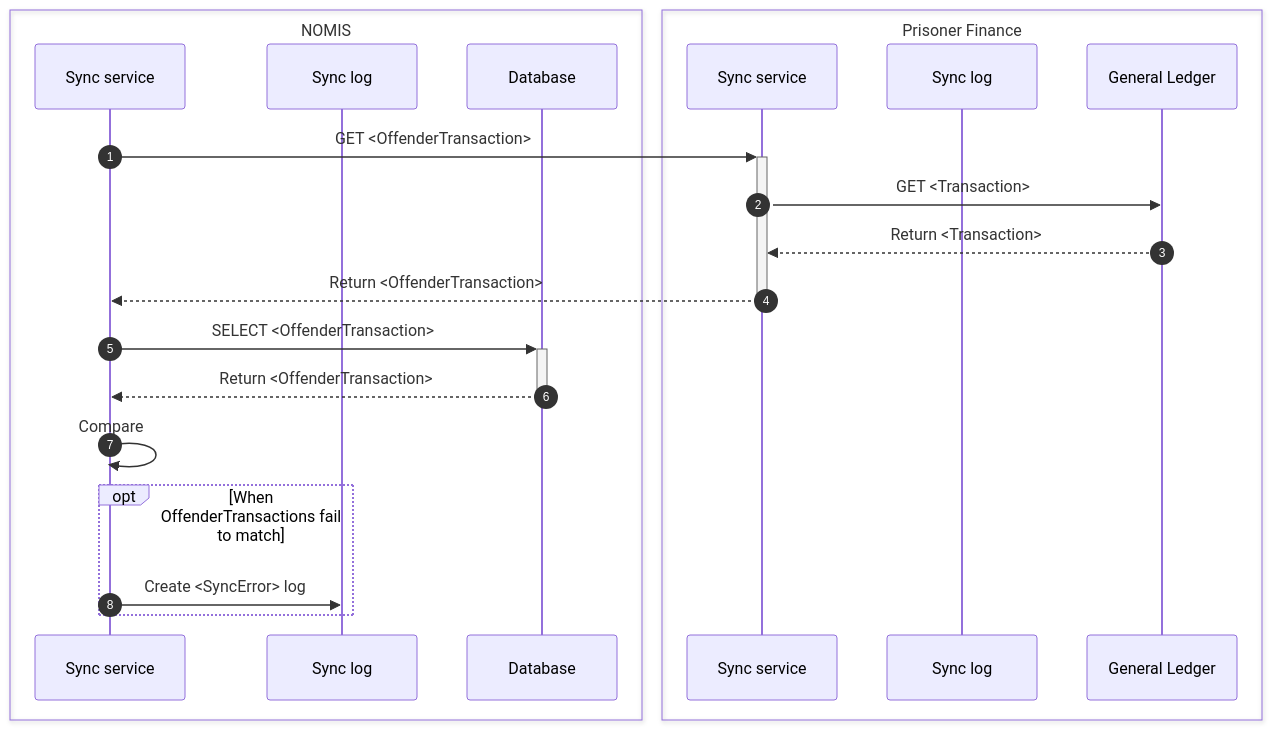
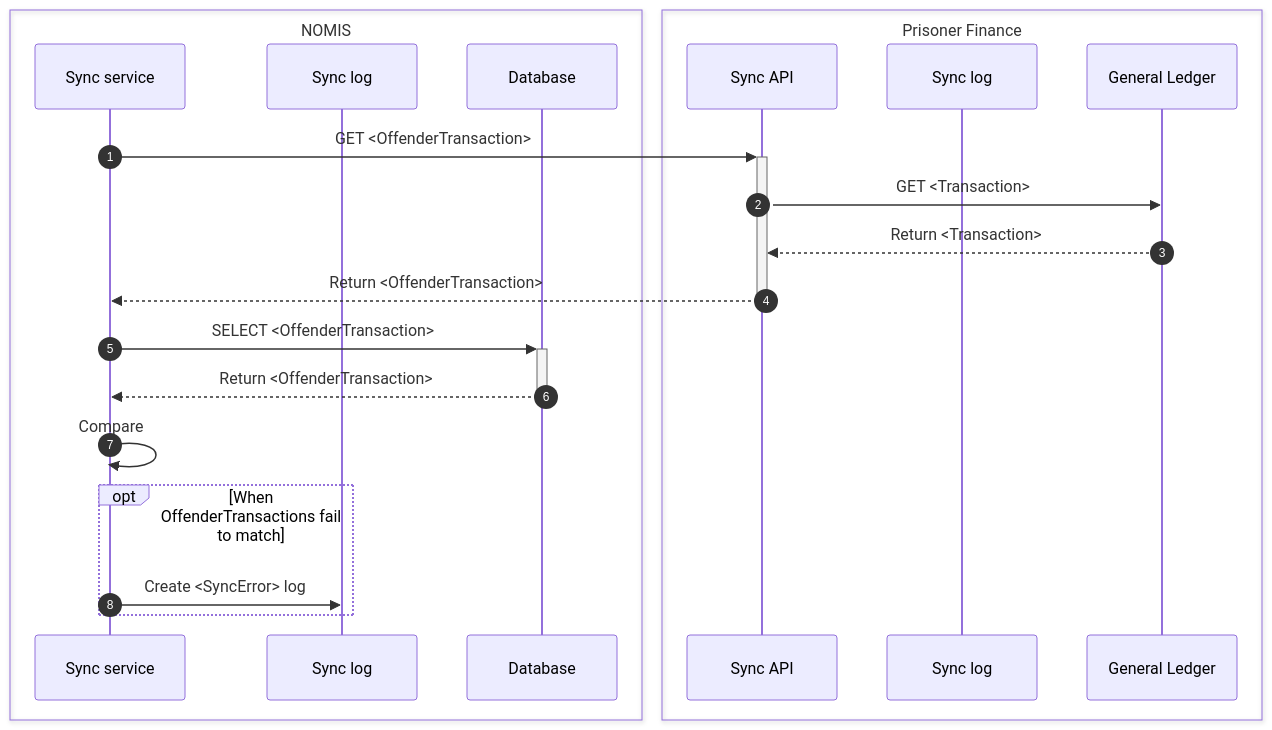
One commit to ministryofjustice/hmpps-prisoner-finance-sync-api changed the fourth of 6 diagrams in docs/architecture/docs/sync-processes.md. Above: the diagram before and after it, drawn with Mermaid. The commit also changed other lines of this file and 24 other files, not shown here.

````diff
--- a/docs/architecture/docs/sync-processes.md
+++ b/docs/architecture/docs/sync-processes.md
@@ -132,26 +154,26 @@
 ```mermaid
 sequenceDiagram
     box NOMIS
         participant NOMIS.sync as Sync service
         participant NOMIS.log as Sync log
         participant NOMIS.DB as Database
     end
     box Prisoner Finance
-        participant PF.sync as Sync service
+        participant PF.sync as Sync API
         participant PF.log as Sync log
         participant PF.ledger as General Ledger
     end
 
     autonumber
 
     NOMIS.sync ->>+ PF.sync: GET <OffenderTransaction>
     PF.sync ->> PF.ledger: GET <Transaction>
     PF.ledger -->> PF.sync: Return <Transaction>
     PF.sync -->>- NOMIS.sync: Return <OffenderTransaction>
     NOMIS.sync ->>+ NOMIS.DB: SELECT <OffenderTransaction>
     NOMIS.DB -->>- NOMIS.sync: Return <OffenderTransaction>
     NOMIS.sync ->> NOMIS.sync: Compare
     opt When OffenderTransactions fail to match
         NOMIS.sync ->> NOMIS.log: Create <SyncError> log
     end
 ```
````
